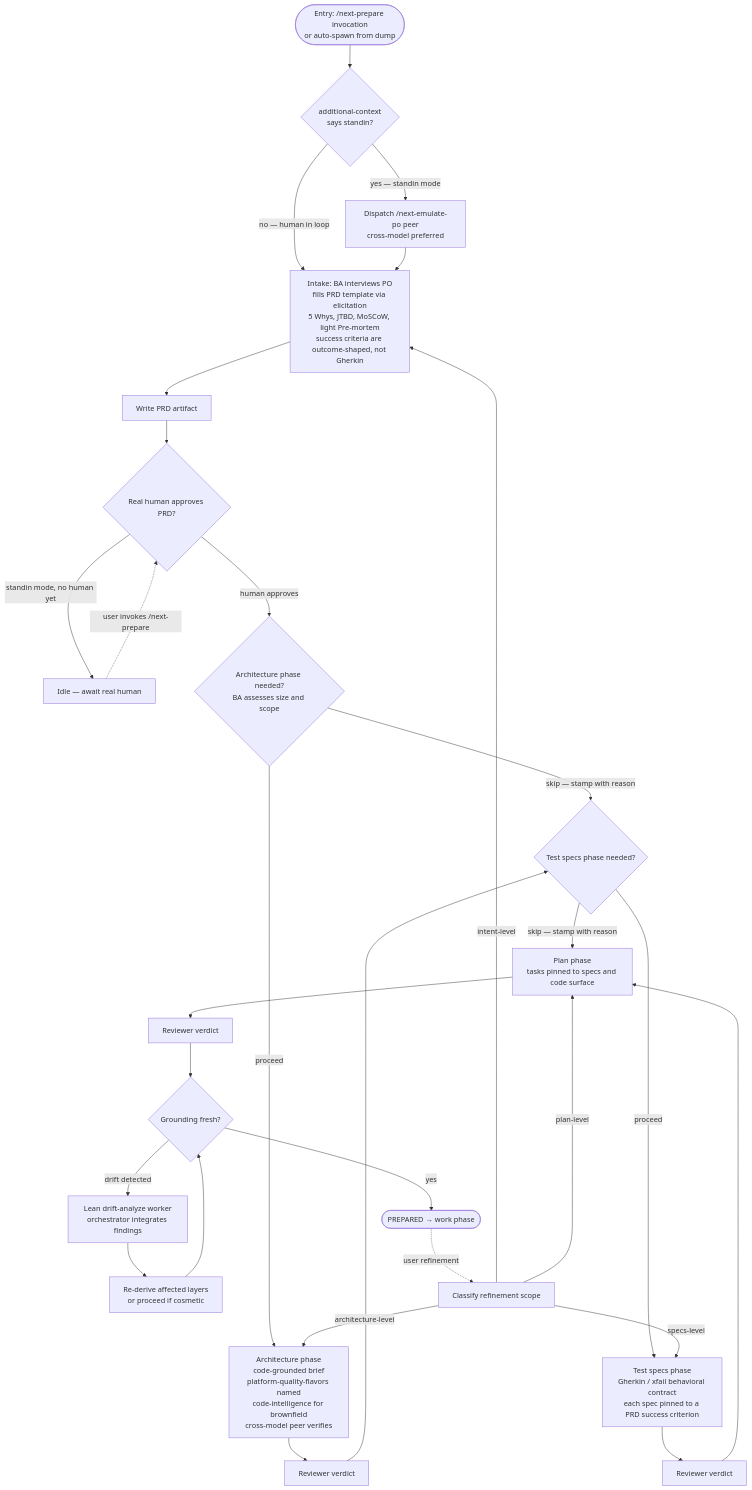
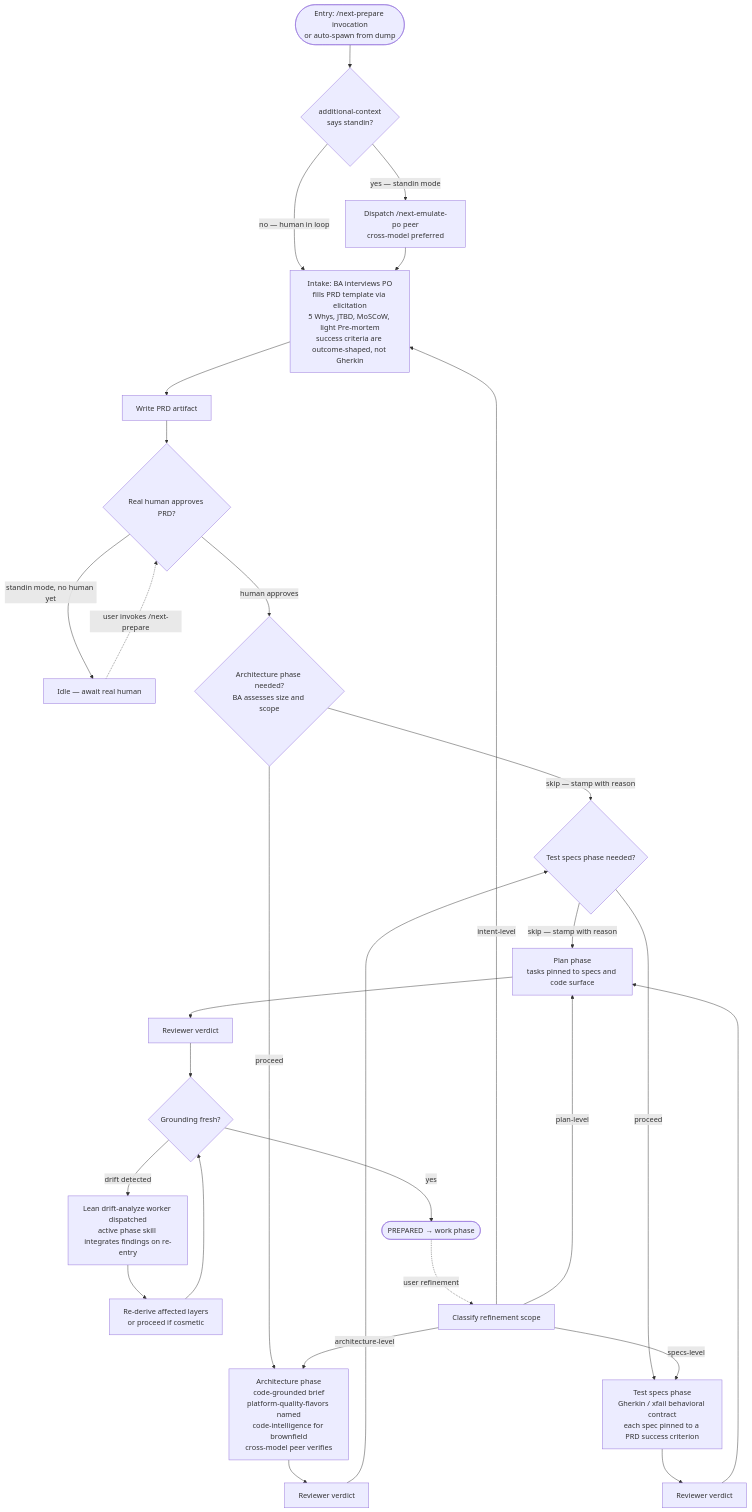
One commit to InstruktAI/TeleClaude changed the diagram in docs/project/design/architecture/prepare-flow.md. Above: the diagram before and after it, drawn with Mermaid. The commit also changed other lines of this file and 5 other files, not shown here.

````diff
--- a/docs/project/design/architecture/prepare-flow.md
+++ b/docs/project/design/architecture/prepare-flow.md
@@ -75,50 +75,50 @@
 ```mermaid
 flowchart TD
     Entry([Entry: /next-prepare invocation<br/>or auto-spawn from dump])
     Entry --> ModeCheck{additional-context<br/>says standin?}
 
     ModeCheck -->|yes — standin mode| DispatchStandin[Dispatch /next-emulate-po peer<br/>cross-model preferred]
     ModeCheck -->|no — human in loop| Intake
 
     DispatchStandin --> Intake[Intake: BA interviews PO<br/>fills PRD template via elicitation<br/>5 Whys, JTBD, MoSCoW, light Pre-mortem<br/>success criteria are outcome-shaped, not Gherkin]
 
     Intake --> WritePRD[Write PRD artifact]
     WritePRD --> PRDApprove{Real human approves PRD?}
 
     PRDApprove -->|standin mode, no human yet| Idle[Idle — await real human]
     PRDApprove -->|human approves| AssessArch
 
     Idle -.user invokes /next-prepare.-> PRDApprove
 
     AssessArch{Architecture phase needed?<br/>BA assesses size and scope}
     AssessArch -->|skip — stamp with reason| AssessSpecs
     AssessArch -->|proceed| ArchPhase
 
     ArchPhase[Architecture phase<br/>code-grounded brief<br/>platform-quality-flavors named<br/>code-intelligence for brownfield<br/>cross-model peer verifies]
     ArchPhase --> ArchReview[Reviewer verdict]
     ArchReview --> AssessSpecs
 
     AssessSpecs{Test specs phase needed?}
     AssessSpecs -->|skip — stamp with reason| PlanPhase
     AssessSpecs -->|proceed| SpecsPhase
 
     SpecsPhase[Test specs phase<br/>Gherkin / xfail behavioral contract<br/>each spec pinned to a PRD success criterion]
     SpecsPhase --> SpecsReview[Reviewer verdict]
     SpecsReview --> PlanPhase
 
     PlanPhase[Plan phase<br/>tasks pinned to specs and code surface]
     PlanPhase --> PlanReview[Reviewer verdict]
     PlanReview --> Grounding{Grounding fresh?}
 
     Grounding -->|yes| Prepared([PREPARED → work phase])
-    Grounding -->|drift detected| DriftWorker[Lean drift-analyze worker<br/>orchestrator integrates findings]
+    Grounding -->|drift detected| DriftWorker[Lean drift-analyze worker dispatched<br/>active phase skill integrates findings on re-entry]
     DriftWorker --> Plan[Re-derive affected layers<br/>or proceed if cosmetic]
     Plan --> Grounding
 
     %% Refinement
     Prepared -.user refinement.-> RefineClassify[Classify refinement scope]
     RefineClassify -->|intent-level| Intake
     RefineClassify -->|architecture-level| ArchPhase
     RefineClassify -->|specs-level| SpecsPhase
     RefineClassify -->|plan-level| PlanPhase
 ```
````
